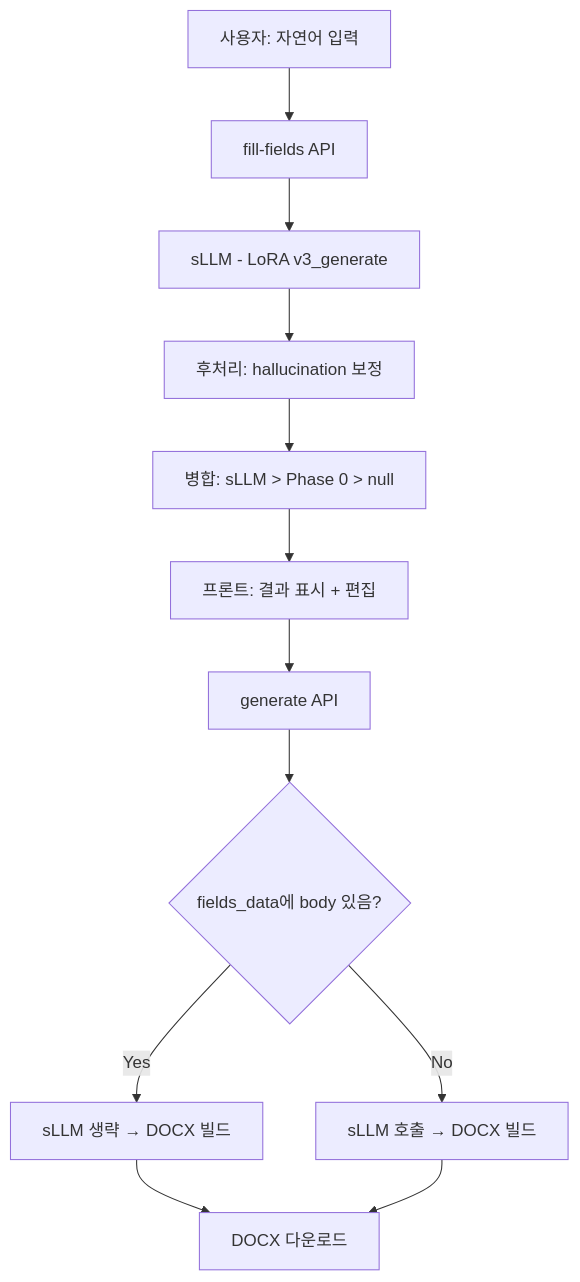
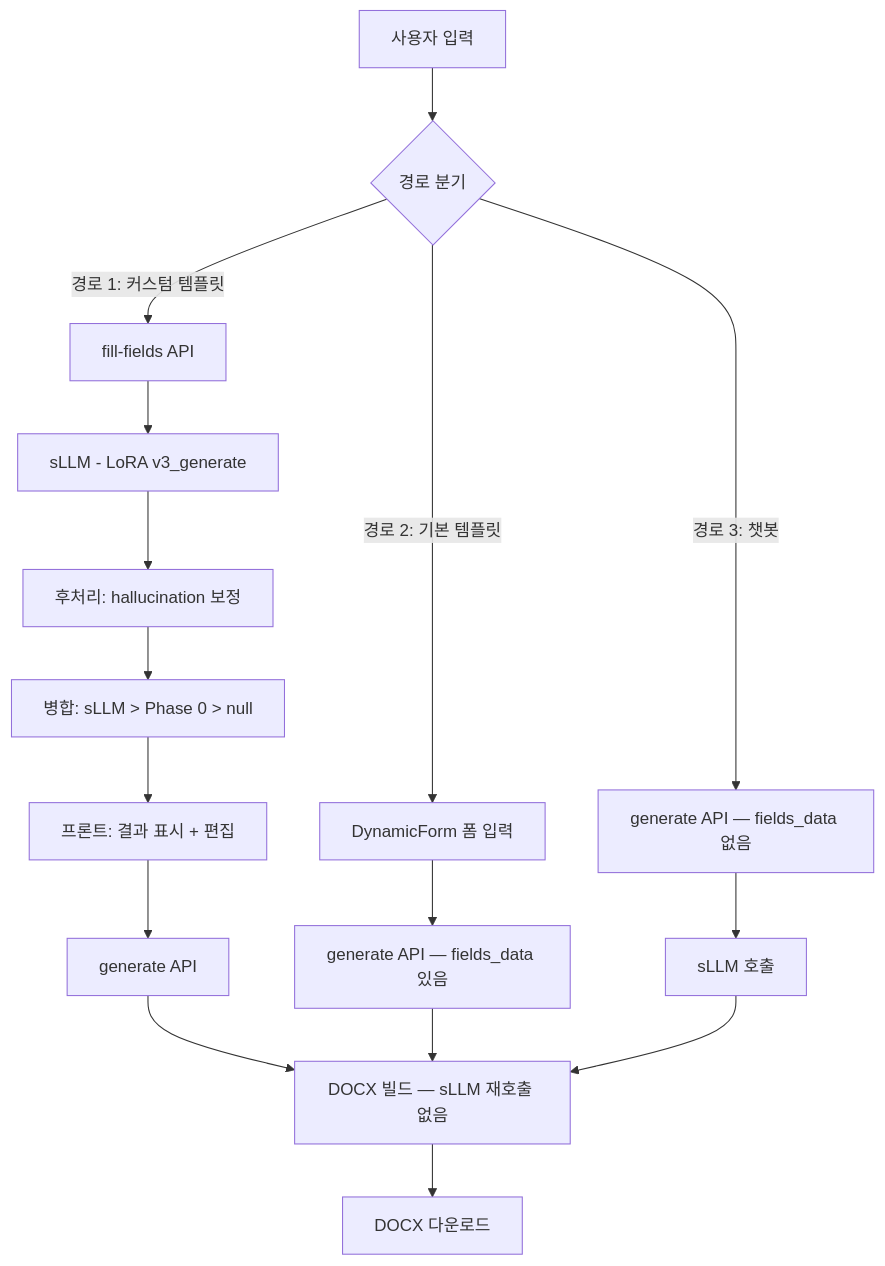
The first of 2 diagrams in docs/TEMPLATE_SYSTEM.md (SKNETWORKS-FAMILY-AICAMP/SKN21-FINAL-3TEAM), drawn with Mermaid before and after one commit. The commit also changed other lines of this file and 3 other files, not shown here.

First line of the commit message:
refactor: generate sLLM 이중호출 분기 제거 + TEMPLATE_SYSTEM.md 파이프라인 정리

````diff
--- a/docs/TEMPLATE_SYSTEM.md
+++ b/docs/TEMPLATE_SYSTEM.md
@@ -78,14 +88,21 @@
 ```mermaid
 flowchart TD
-    A[사용자: 자연어 입력] --> B[fill-fields API]
-    B --> C[sLLM - LoRA v3_generate]
-    C --> D[후처리: hallucination 보정]
-    D --> E[병합: sLLM > Phase 0 > null]
-    E --> F[프론트: 결과 표시 + 편집]
-    F --> G[generate API]
-    G --> H{fields_data에 body 있음?}
-    H -->|Yes| I[sLLM 생략 → DOCX 빌드]
-    H -->|No| J[sLLM 호출 → DOCX 빌드]
+    A[사용자 입력] --> B{경로 분기}
+
+    B -->|경로 1: 커스텀 템플릿| C[fill-fields API]
+    C --> D[sLLM - LoRA v3_generate]
+    D --> E[후처리: hallucination 보정]
+    E --> F[병합: sLLM > Phase 0 > null]
+    F --> G[프론트: 결과 표시 + 편집]
+    G --> H[generate API]
+    H --> I[DOCX 빌드 — sLLM 재호출 없음]
     I --> K[DOCX 다운로드]
-    J --> K
+
+    B -->|경로 2: 기본 템플릿| M[DynamicForm 폼 입력]
+    M --> N[generate API — fields_data 있음]
+    N --> I
+
+    B -->|경로 3: 챗봇| J[generate API — fields_data 없음]
+    J --> L[sLLM 호출]
+    L --> I
 ```
````
